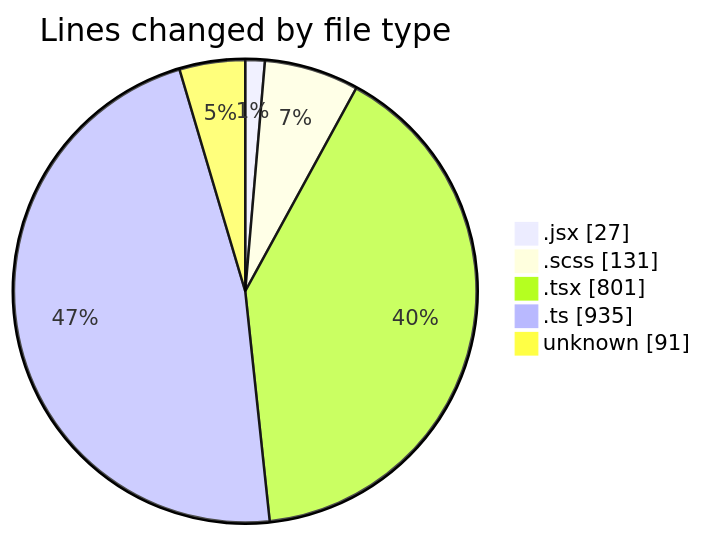
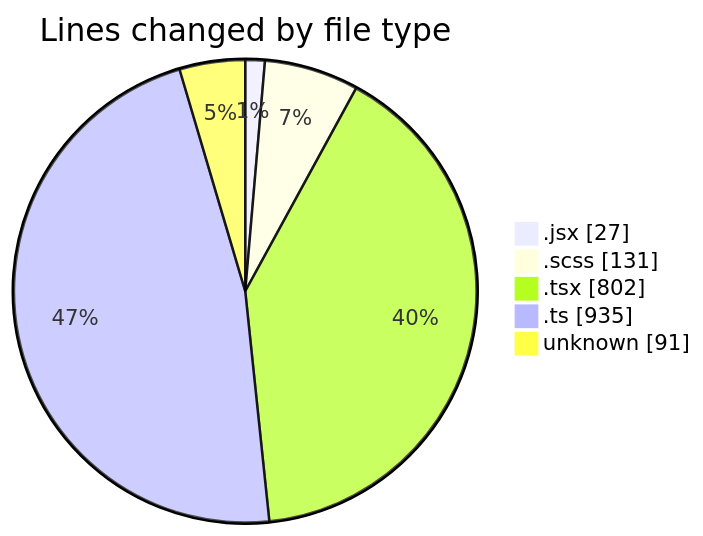
One commit to momahboobian/code-tracking changed the first of 2 diagrams in 2026-03-16/cda/README.md. Above: the diagram before and after it, drawn with Mermaid. The commit also changed other lines of this file and 1 other file, not shown here.

````diff
--- a/2026-03-16/cda/README.md
+++ b/2026-03-16/cda/README.md
@@ -32,9 +32,9 @@
 ```mermaid
 pie showData
 title Lines changed by file type
 ".jsx" : 27
 ".scss" : 131
-".tsx" : 801
+".tsx" : 802
 ".ts" : 935
 "unknown" : 91
 ```
````
